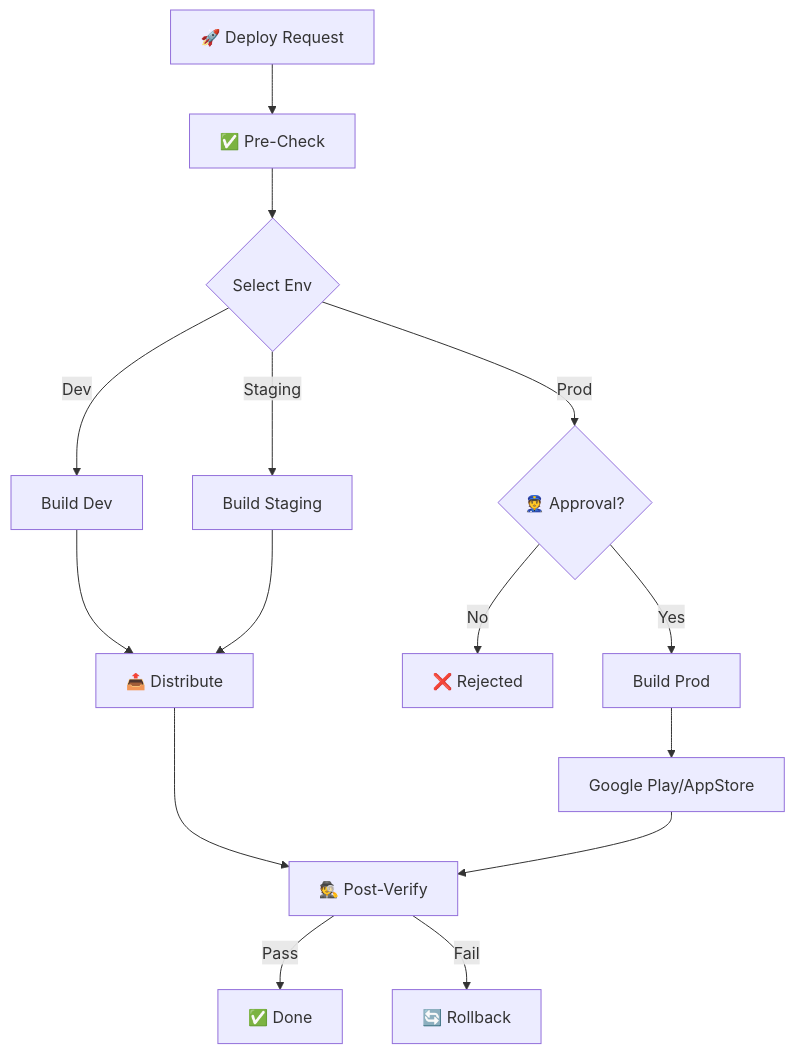
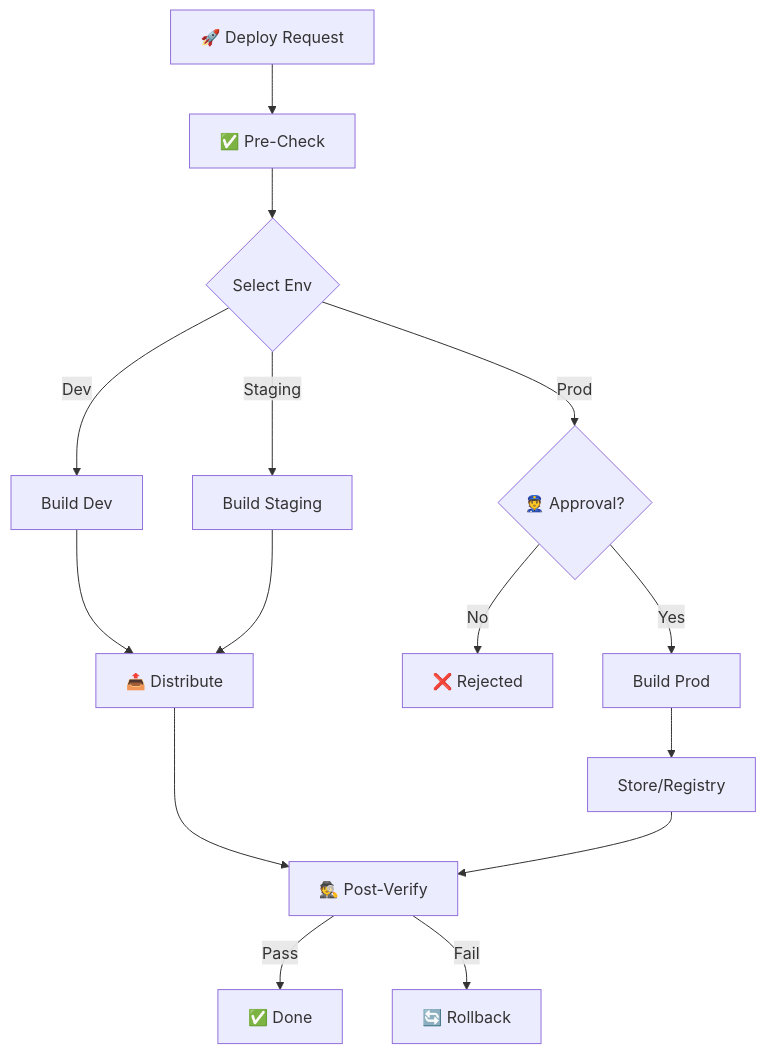
One commit to leetuanbmt/development-workflow changed the diagram in workflows/ops/deploy.md. Above: the diagram before and after it, drawn with Mermaid. The commit also changed other lines of this file and 137 other files, not shown here.

````diff
--- a/workflows/ops/deploy.md
+++ b/workflows/ops/deploy.md
@@ -15,17 +19,17 @@
 ```mermaid
 graph TD
     Start[🚀 Deploy Request] --> Check[✅ Pre-Check]
     Check --> Env{Select Env}
     Env -->|Dev| BuildDev[Build Dev]
     Env -->|Staging| BuildStg[Build Staging]
     Env -->|Prod| Approval{👮 Approval?}
     Approval -->|Yes| BuildProd[Build Prod]
     Approval -->|No| Stop[❌ Rejected]
     BuildDev --> Distribute[📤 Distribute]
     BuildStg --> Distribute
-    BuildProd --> Upload[Google Play/AppStore]
+    BuildProd --> Upload[Store/Registry]
     Distribute --> Verify[🕵️ Post-Verify]
     Upload --> Verify
     Verify -->|Pass| Success[✅ Done]
     Verify -->|Fail| Rollback[🔄 Rollback]
 ```
````
